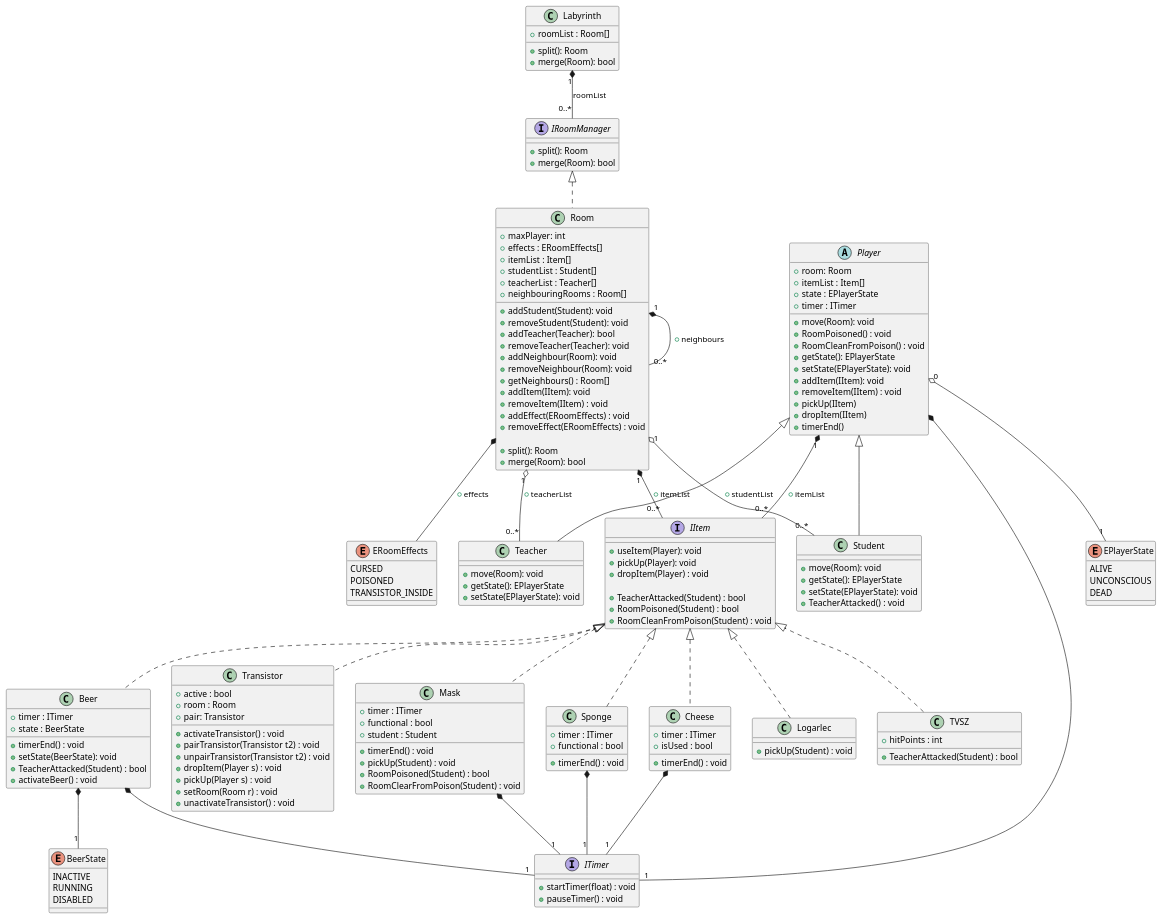
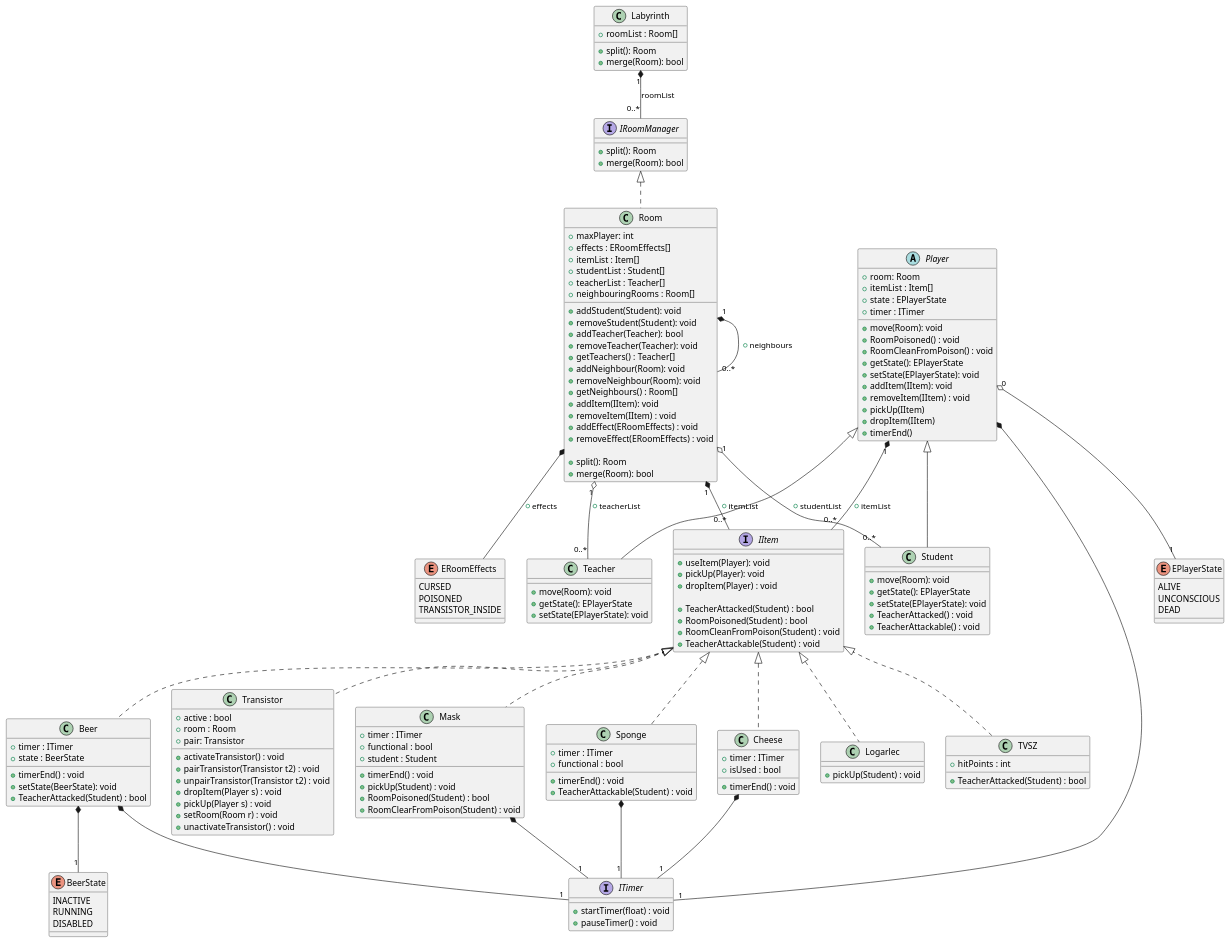
One commit to MBakter/echo changed the diagram in docs/Class_UML.plantuml. Above: the diagram before and after it, drawn with PlantUML. The commit also changed 18 other files, not shown here.

```diff
--- a/docs/Class_UML.plantuml
+++ b/docs/Class_UML.plantuml
@@ -1,190 +1,194 @@
 @startuml UML
 
 class Labyrinth {
     +roomList : Room[]
 
     + split(): Room
     + merge(Room): bool
 }
 
 Labyrinth "1" *-- "0..*" IRoomManager: roomList
 
 interface IRoomManager {
     + split(): Room
     + merge(Room): bool
 }
 
 /' Removed implementing IItemHolder '/
 class Room implements IRoomManager {
     + maxPlayer: int
     + effects : ERoomEffects[]
     + itemList : Item[]
     + studentList : Student[]
     + teacherList : Teacher[]
     + neighbouringRooms : Room[]
 
     + addStudent(Student): void
     + removeStudent(Student): void
     + addTeacher(Teacher): bool
     + removeTeacher(Teacher): void
+    + getTeachers() : Teacher[]
     + addNeighbour(Room): void
     + removeNeighbour(Room): void
     + getNeighbours() : Room[]
     + addItem(IItem): void
     + removeItem(IItem) : void
     + addEffect(ERoomEffects) : void
     + removeEffect(ERoomEffects) : void
 
     + split(): Room
     + merge(Room): bool
 }
 
 Room "1" o-- "0..*" Student: + studentList
 Room "1" o-- "0..*" Teacher: + teacherList
 Room "1" *-- "0..*" Room: + neighbours
 Room "1" *-- "0..*" IItem: + itemList
 Room *-- ERoomEffects: + effects
 
 
 enum EPlayerState {
     ALIVE
     UNCONSCIOUS
     DEAD
 }
 
 /' Removed implementing IItemHolder '/
 abstract class Player {
     + room: Room
     + itemList : Item[]
     + state : EPlayerState
     + timer : ITimer
 
     + move(Room): void
     + RoomPoisoned() : void
     + RoomCleanFromPoison() : void
     + getState(): EPlayerState
     + setState(EPlayerState): void
     + addItem(IItem): void
     + removeItem(IItem) : void
     + pickUp(IItem)
     + dropItem(IItem)
     + timerEnd()
 }
 
 Player "0" o-- "1" EPlayerState
 Player "1" *-- "0..*" IItem: + itemList
 Player *-- "1" ITimer
 
 interface IItem {
     + useItem(Player): void
     + pickUp(Player): void
     + dropItem(Player) : void
 
     + TeacherAttacked(Student) : bool
     + RoomPoisoned(Student) : bool
     + RoomCleanFromPoison(Student) : void
+    + TeacherAttackable(Student) : void
 }
 
 class Teacher extends Player{
     + move(Room): void
     + getState(): EPlayerState
     + setState(EPlayerState): void
 }
 
 class Student extends Player{
     + move(Room): void
     + getState(): EPlayerState
     + setState(EPlayerState): void
     + TeacherAttacked() : void
+    + TeacherAttackable() : void
 }
 
 /' interface IItemHolder {
     + addItemy(Item: Item): void
     + removeItem(Item: Item): void
 } '/
 
 enum ERoomEffects {
     CURSED
     POISONED
     TRANSISTOR_INSIDE
 }
 
 interface ITimer {
     + startTimer(float) : void
     + pauseTimer() : void
 }
 
 class TVSZ implements IItem {
     + hitPoints : int
 
     + TeacherAttacked(Student) : bool
 }
 
 class Transistor implements IItem  {
     + active : bool
     + room : Room
     + pair: Transistor
 
     + activateTransistor() : void
     + pairTransistor(Transistor t2) : void
     + unpairTransistor(Transistor t2) : void
     + dropItem(Player s) : void
     + pickUp(Player s) : void
     + setRoom(Room r) : void
     + unactivateTransistor() : void
 }
 
 enum BeerState {
     INACTIVE
     RUNNING
     DISABLED
 }
 
 class Beer implements IItem {
     + timer : ITimer
     + state : BeerState
     
     + timerEnd() : void
     + setState(BeerState): void
     + TeacherAttacked(Student) : bool
-    + activateBeer() : void
+    /'+ activateBeer() : void '/
 }
 Beer *-- "1" ITimer
 Beer *-- "1" BeerState
 
 class Mask implements IItem  {
     + timer : ITimer
     + functional : bool
     + student : Student
 
     + timerEnd() : void
     + pickUp(Student) : void
     + RoomPoisoned(Student) : bool
     + RoomClearFromPoison(Student) : void
 
 }
 Mask *-- "1" ITimer
 
 class Sponge  implements IItem {
     + timer : ITimer
     + functional : bool
 
     + timerEnd() : void
+    + TeacherAttackable(Student) : void
 }
 Sponge *-- "1" ITimer
 
 class Cheese  implements IItem {
     + timer : ITimer
     + isUsed : bool
 
     + timerEnd() : void
 }
 Cheese *-- "1" ITimer
 
 class Logarlec  implements IItem  {
     + pickUp(Student) : void
 }
 
 
 
 @enduml
```
